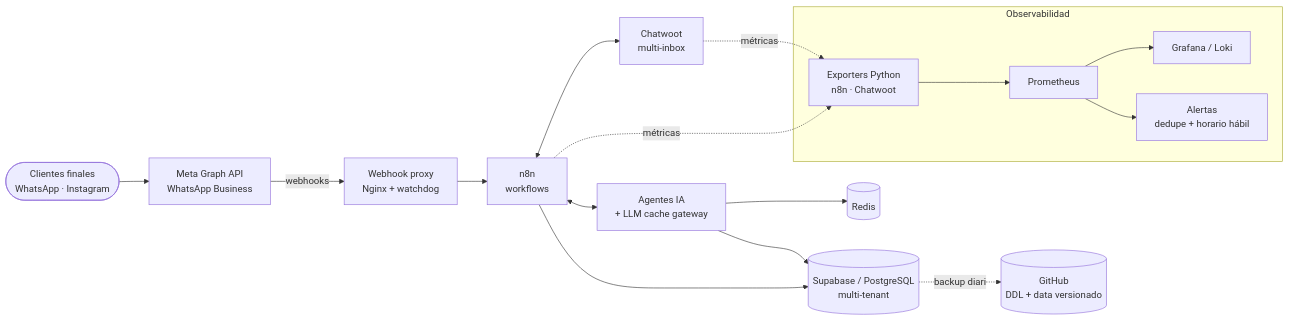
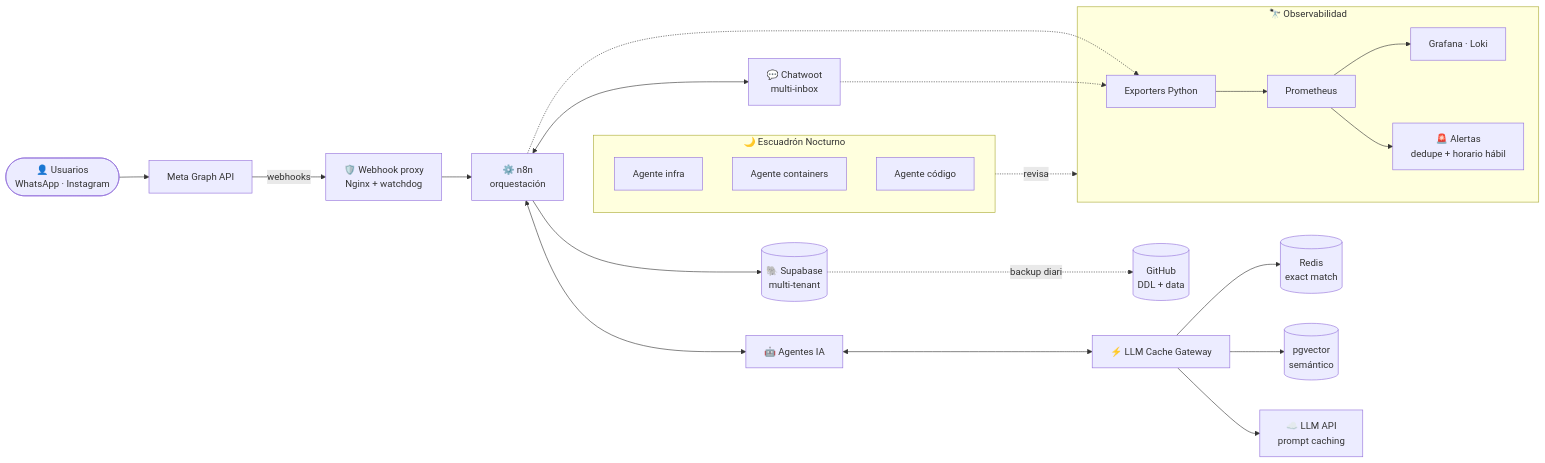
One commit to gastongv/gastongv changed the first of 3 diagrams in README.md. Above: the diagram before and after it, drawn with Mermaid. The commit also changed other lines of this file, not shown here.

````diff
--- a/README.md
+++ b/README.md
@@ -96,21 +26,27 @@
 ```mermaid
 flowchart LR
-    U([Clientes finales<br/>WhatsApp · Instagram]) --> META[Meta Graph API<br/>WhatsApp Business]
-    META -->|webhooks| PX[Webhook proxy<br/>Nginx + watchdog]
-    PX --> N8N[n8n<br/>workflows]
-    N8N <--> CW[Chatwoot<br/>multi-inbox]
-    N8N <--> AI[Agentes IA<br/>+ LLM cache gateway]
-    N8N --> DB[(Supabase / PostgreSQL<br/>multi-tenant)]
-    AI --> R[(Redis)]
-    AI --> DB
+    U([👤 Usuarios<br/>WhatsApp · Instagram]) --> META[Meta Graph API]
+    META -->|webhooks| PX[🛡️ Webhook proxy<br/>Nginx + watchdog]
+    PX --> N8N[⚙️ n8n<br/>orquestación]
+    N8N <--> CW[💬 Chatwoot<br/>multi-inbox]
+    N8N <--> AG[🤖 Agentes IA]
+    AG <--> GW[⚡ LLM Cache Gateway]
+    GW --> R[(Redis<br/>exact match)]
+    GW --> V[(pgvector<br/>semántico)]
+    GW --> LLM[☁️ LLM API<br/>prompt caching]
+    N8N --> DB[(🐘 Supabase<br/>multi-tenant)]
 
-    subgraph OBS [Observabilidad]
-      EXP[Exporters Python<br/>n8n · Chatwoot] --> PROM[Prometheus]
-      PROM --> GRAF[Grafana / Loki]
-      PROM --> ALR[Alertas<br/>dedupe + horario hábil]
+    subgraph OBS [🔭 Observabilidad]
+      EXP[Exporters Python] --> PROM[Prometheus] --> GRAF[Grafana · Loki]
+      PROM --> ALR[🚨 Alertas<br/>dedupe + horario hábil]
     end
 
-    N8N -.métricas.-> EXP
-    CW -.métricas.-> EXP
-    DB -.backup diario.-> GH[(GitHub<br/>DDL + data versionado)]
+    subgraph NIGHT [🌙 Escuadrón Nocturno]
+      SA1[Agente infra] & SA2[Agente containers] & SA3[Agente código]
+    end
+
+    N8N -.-> EXP
+    CW -.-> EXP
+    NIGHT -.revisa.-> OBS
+    DB -.backup diario.-> GH[(GitHub<br/>DDL + data)]
 ```
````
